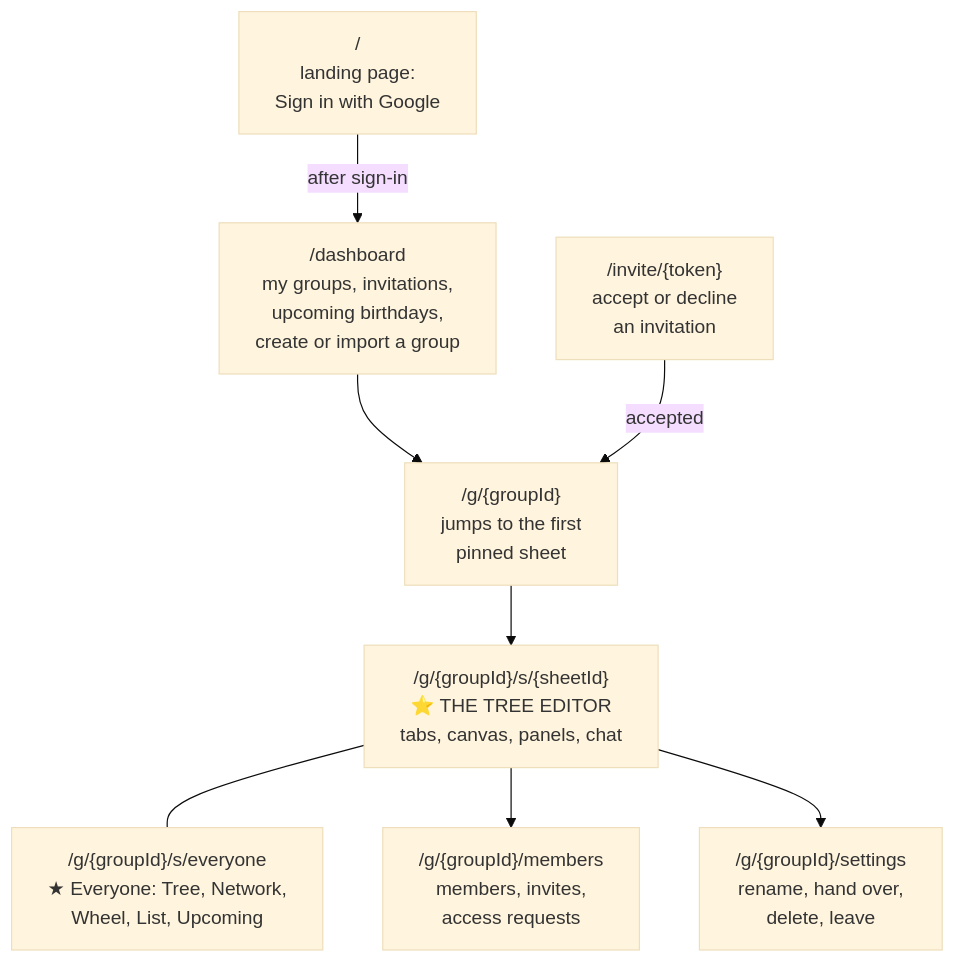
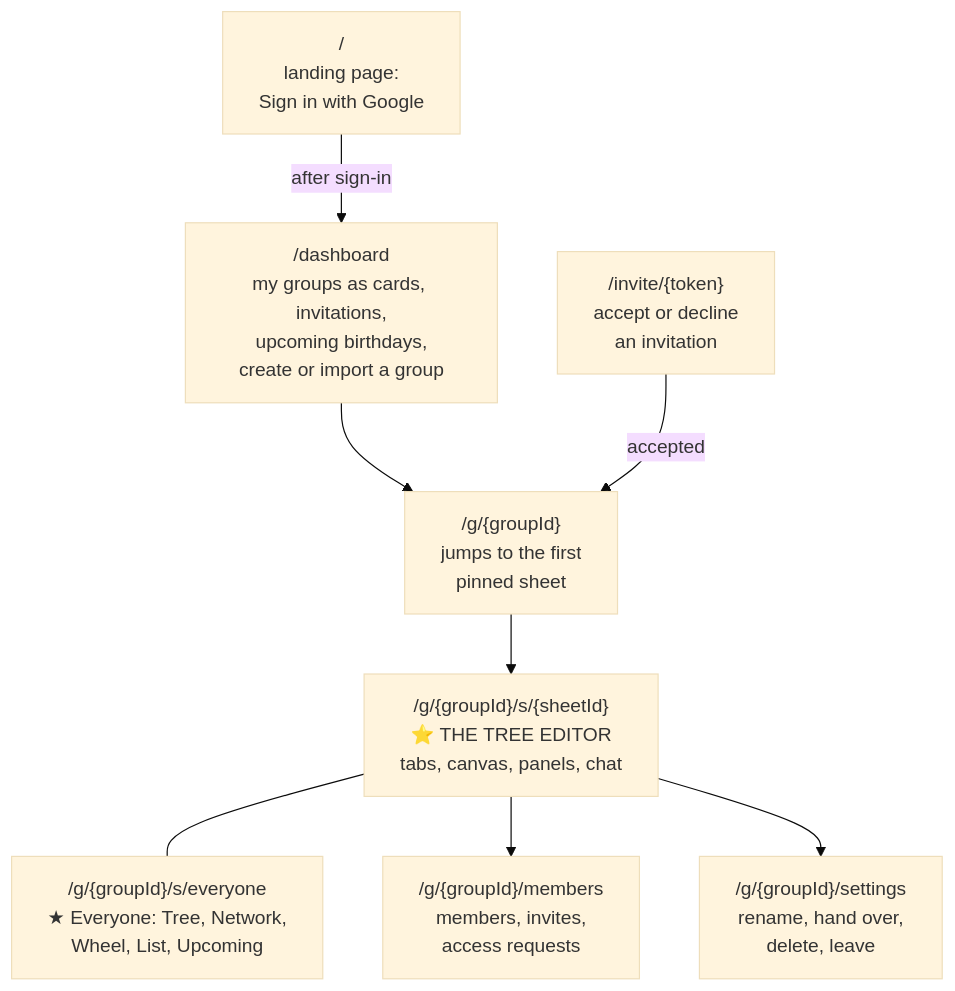
One commit to harikiranvusirikala/Family-Tree-with-AI changed the ninth of 21 diagrams in docs/PROJECT_GUIDE.md. Above: the diagram before and after it, drawn with Mermaid (base theme). The commit also changed other lines of this file and 31 other files, not shown here.

````diff
--- a/docs/PROJECT_GUIDE.md
+++ b/docs/PROJECT_GUIDE.md
@@ -258,18 +258,18 @@
 ```mermaid
 flowchart TB
     root["/ <br/>landing page:<br/>Sign in with Google"]
-    dash["/dashboard<br/>my groups, invitations,<br/>upcoming birthdays,<br/>create or import a group"]
+    dash["/dashboard<br/>my groups as cards, invitations,<br/>upcoming birthdays,<br/>create or import a group"]
     g["/g/{groupId}<br/>jumps to the first<br/>pinned sheet"]
     s["/g/{groupId}/s/{sheetId}<br/>⭐ THE TREE EDITOR<br/>tabs, canvas, panels, chat"]
     ev["/g/{groupId}/s/everyone<br/>★ Everyone: Tree, Network,<br/>Wheel, List, Upcoming"]
     mem["/g/{groupId}/members<br/>members, invites,<br/>access requests"]
     set["/g/{groupId}/settings<br/>rename, hand over,<br/>delete, leave"]
     inv["/invite/{token}<br/>accept or decline<br/>an invitation"]
 
     root -->|"after sign-in"| dash
     dash --> g --> s
     s --- ev
     s --> mem
     s --> set
     inv -->|"accepted"| g
 ```
````
